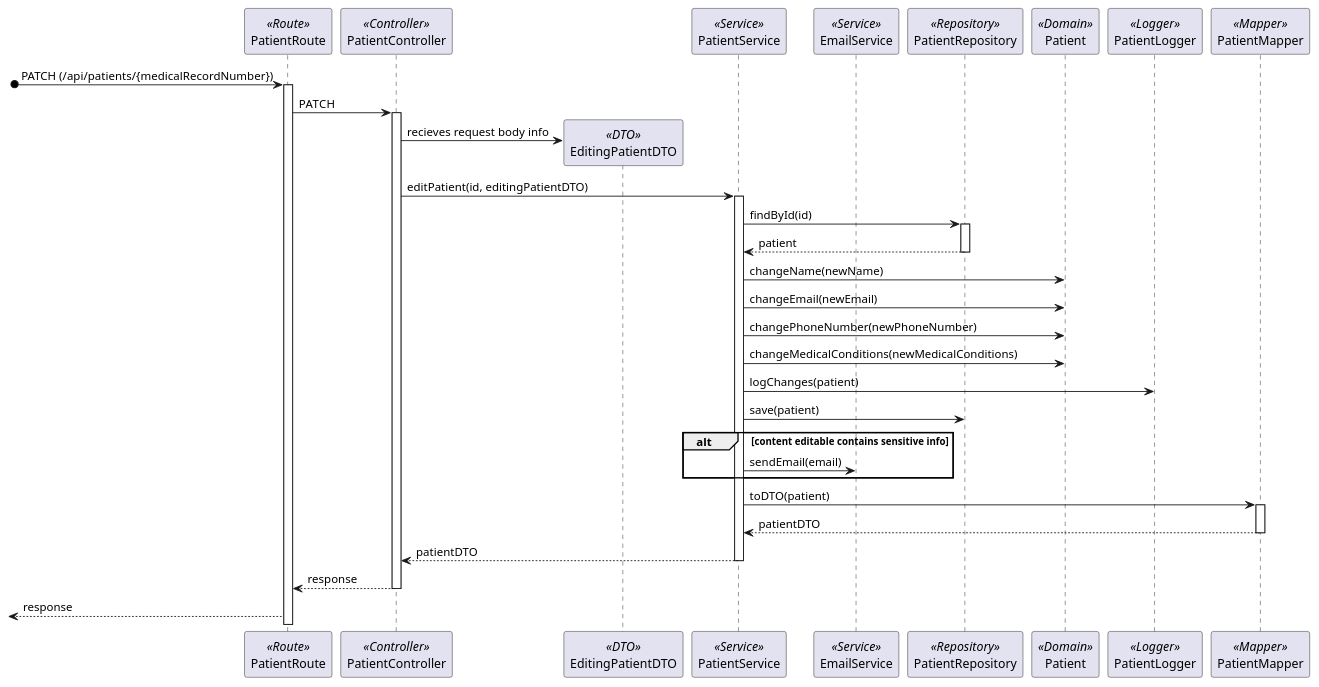
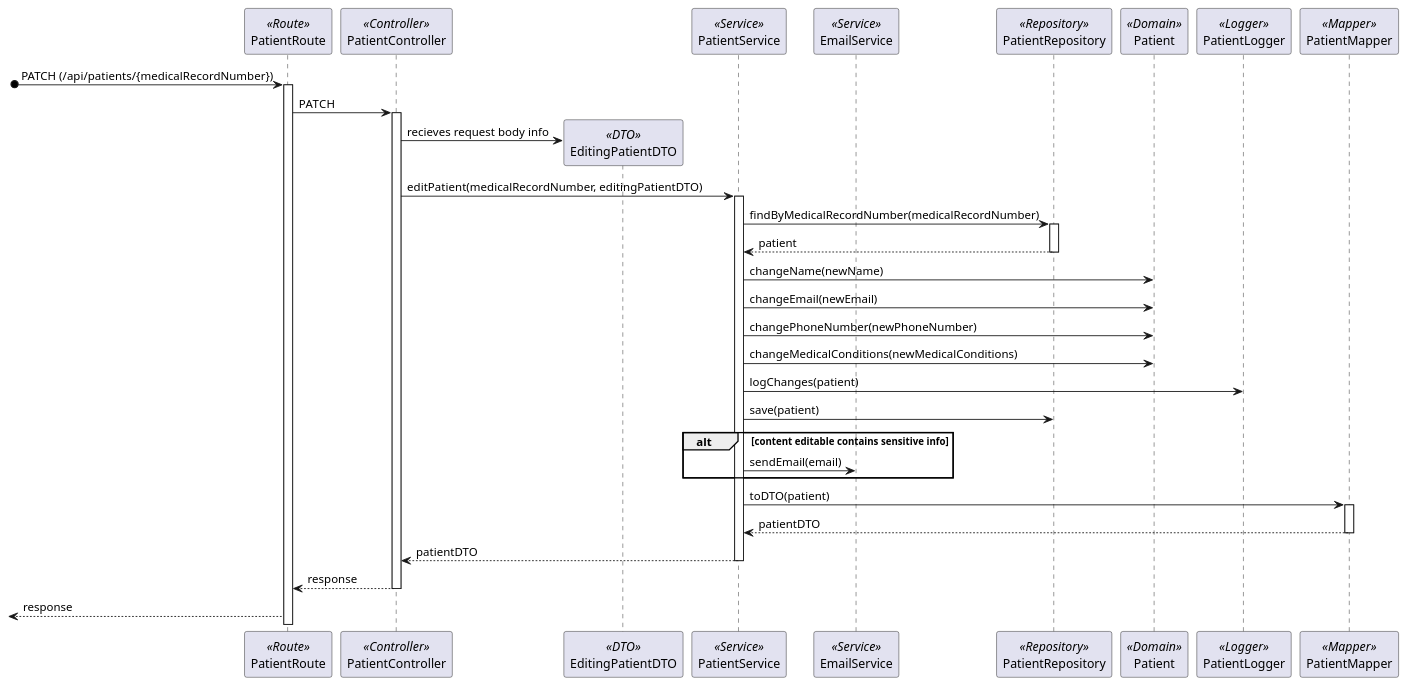
Before and after one commit to Rodrick0209/ISEP-SEM5PI-24-25: the diagram in docs/Sprint_1/US_5.1.9/L3/Process_View.puml, drawn with PlantUML. The commit also changed 1 other file, not shown here.

Commit message:
US 5.1.9 Design fixed (add medical record number definition) #10

```diff
--- a/docs/Sprint_1/US_5.1.9/L3/Process_View.puml
+++ b/docs/Sprint_1/US_5.1.9/L3/Process_View.puml
@@ -2,39 +2,39 @@
 @startuml Process_View
 participant PatientRoute as Route <<Route>>
 participant PatientController as Controller <<Controller>>
 participant EditingPatientDTO as DTO <<DTO>>
 participant PatientService as Service <<Service>>
 participant EmailService as EmailService <<Service>>
 participant PatientRepository as Repository <<Repository>>
 participant Patient as Domain <<Domain>>
 participant PatientLogger as Logger <<Logger>>
 participant PatientMapper as Mapper <<Mapper>>
 [o-> Route: PATCH (/api/patients/{medicalRecordNumber})
 activate Route
 Route -> Controller : PATCH
 activate Controller
 Controller -> DTO** : recieves request body info
-Controller -> Service : editPatient(id, editingPatientDTO)
+Controller -> Service : editPatient(medicalRecordNumber, editingPatientDTO)
 activate Service
-Service -> Repository : findById(id)
+Service -> Repository : findByMedicalRecordNumber(medicalRecordNumber)
 activate Repository
 return patient
 Service -> Domain : changeName(newName)
 Service -> Domain : changeEmail(newEmail)
 Service -> Domain : changePhoneNumber(newPhoneNumber)
 Service -> Domain : changeMedicalConditions(newMedicalConditions)
 Service -> Logger : logChanges(patient)
 Service -> Repository : save(patient)
 alt content editable contains sensitive info
     Service -> EmailService : sendEmail(email)
 end
 Service -> Mapper : toDTO(patient)
 activate Mapper
 return patientDTO
 Service --> Controller : patientDTO
 deactivate Service
 Controller --> Route : response
 deactivate Controller
 <-- Route : response
 
 @enduml
```
